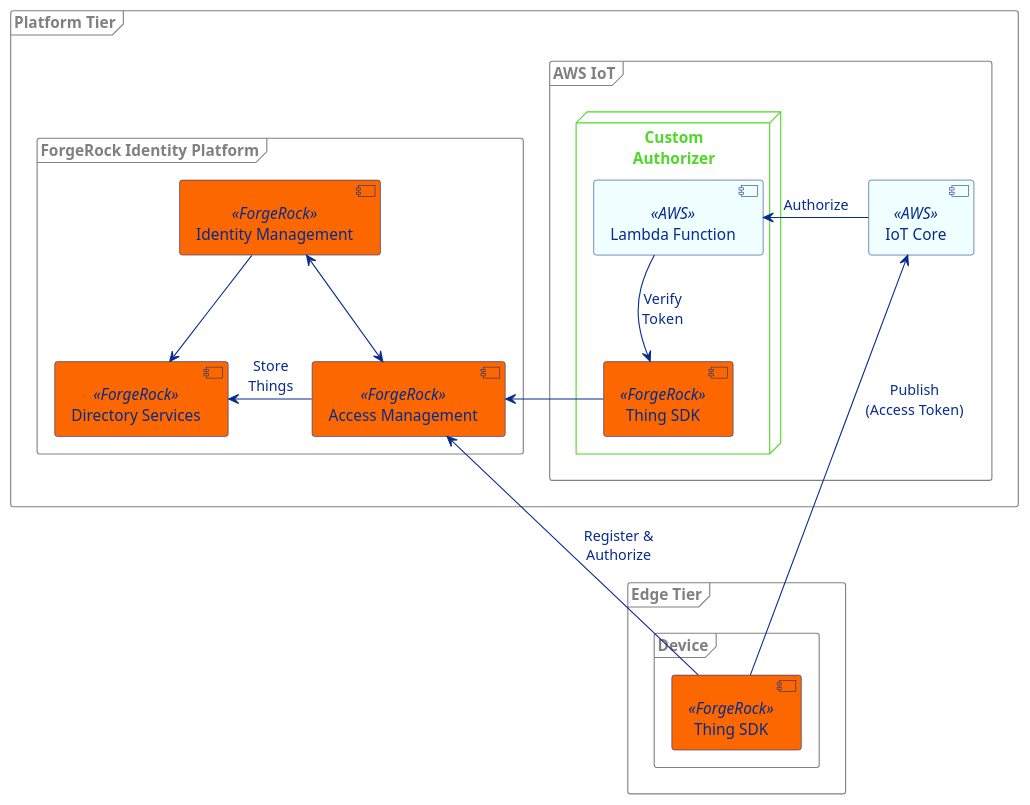
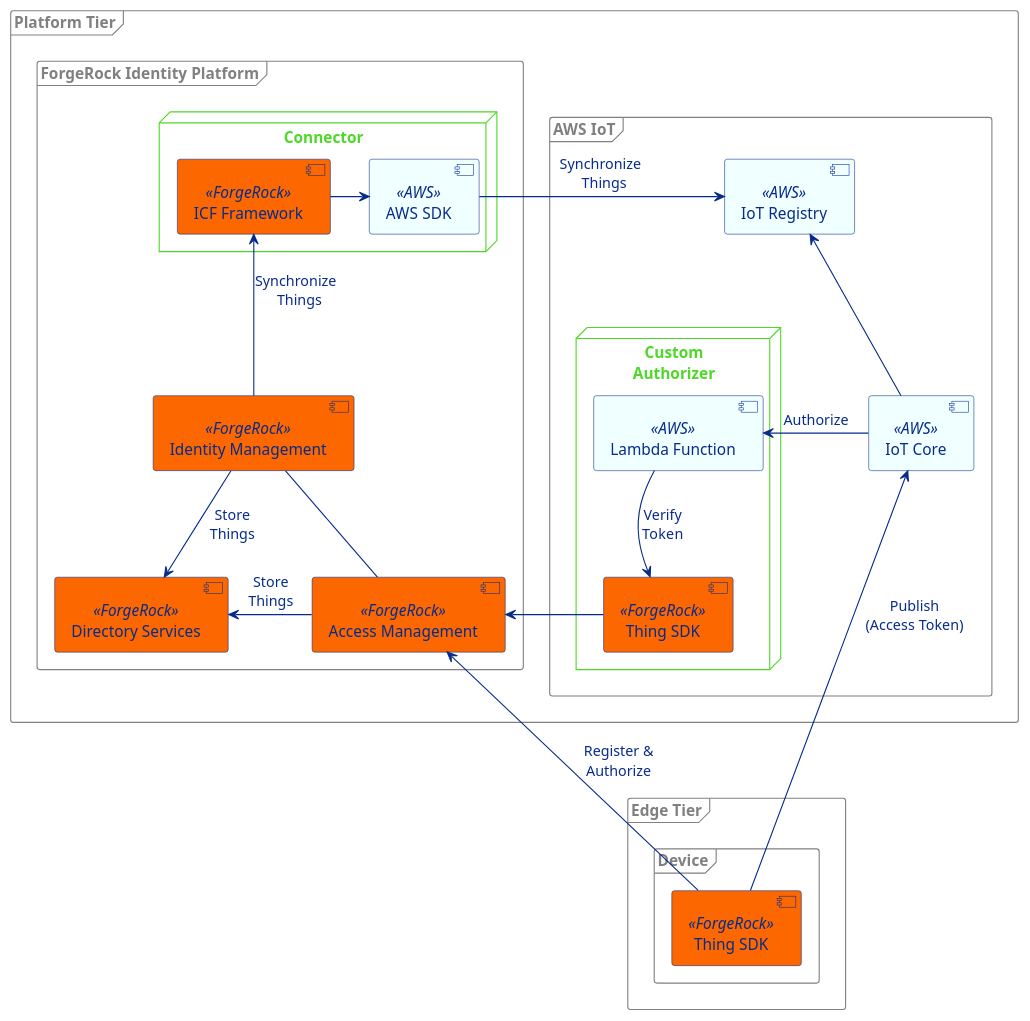
Before and after one commit to ForgeRock/iot-edge: the diagram in examples/proof-of-concept/aws-iot/docs/aws-iot-integration.puml, drawn with PlantUML. The commit also changed 22 other files, not shown here.

Commit message:
IOTEDGE-1069 Synchronize AWS identities with FR Platform

```diff
--- a/examples/proof-of-concept/aws-iot/docs/aws-iot-integration.puml
+++ b/examples/proof-of-concept/aws-iot/docs/aws-iot-integration.puml
@@ -1,51 +1,61 @@
 @startuml
 
 skinparam component {
   FontColor #062b8c
   BackgroundColor<<ForgeRock>> #fc6700
   BorderColor #062b8c
   BackgroundColor<<AWS>> azure
   ArrowColor #062b8c
   ArrowFontColor #062b8c
 }
 skinparam node {
   BorderColor #4ED827
   FontColor #4ED827
 }
 skinparam frame {
   BorderColor gray
   FontColor gray
 }
 
 frame "Platform Tier" {
     frame "AWS IoT" {
         [IoT Core] as hub <<AWS>>
+        [IoT Registry] as reg <<AWS>>
         node "Custom\nAuthorizer" {
             [Lambda Function] as lamb <<AWS>>
             [Thing SDK] as service <<ForgeRock>>
         }
     }
     frame "ForgeRock Identity Platform" {
         [Access Management] as am <<ForgeRock>>
         [Directory Services] as ds <<ForgeRock>>
         [Identity Management] as idm <<ForgeRock>>
+        node "Connector" {
+            [ICF Framework] as icf <<ForgeRock>>
+            [AWS SDK] as sdk <<AWS>>
+        }
     }
 }
 
 frame "Edge Tier" {
     frame "Device" {
         [Thing SDK] as device <<ForgeRock>>
     }
 }
 
+
 am -left-> ds : Store\nThings
-idm -down-> ds
-idm <-> am
+idm -down-> ds : Store\nThings
+idm - am
 device -up-> am : Register &\nAuthorize
 device -up-> hub : Publish\n(Access Token)
 hub -> lamb : Authorize
+hub -up-> reg
 lamb -down-> service : Verify\nToken
 service -> am
+idm -up-> icf : Synchronize \n Things
+icf -right-> sdk
+sdk -right-> reg : Synchronize \n Things
 
 
 @enduml
```
